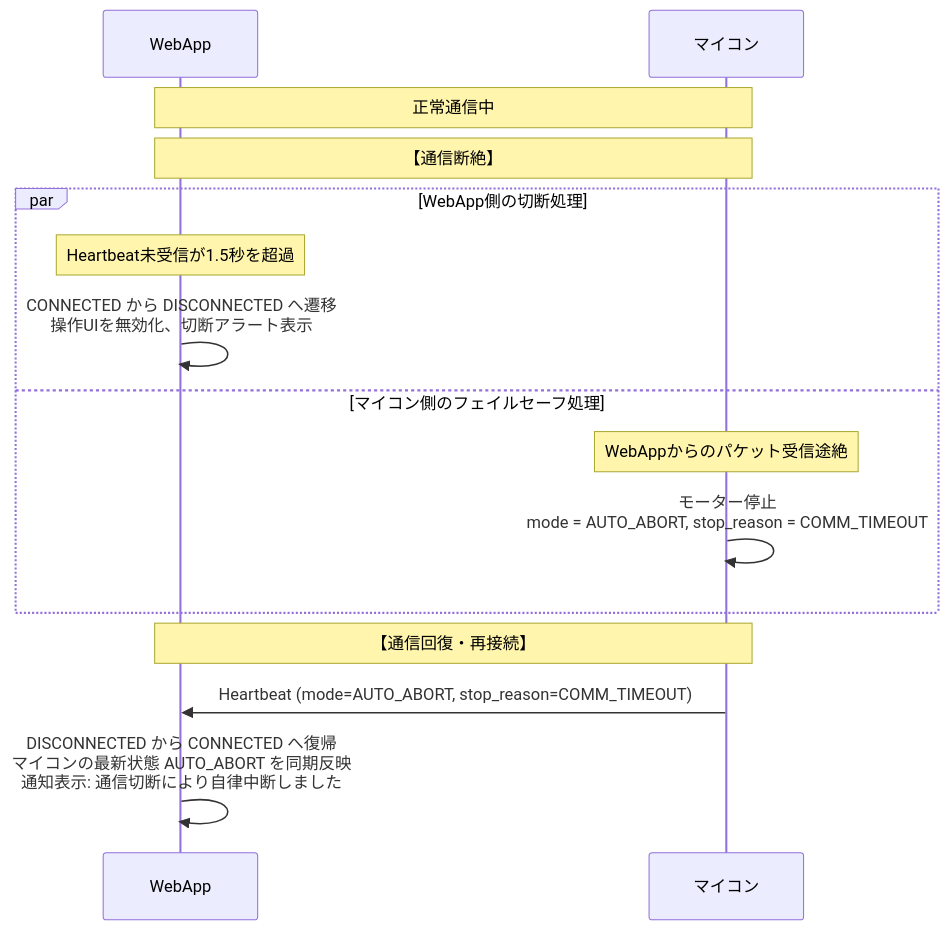
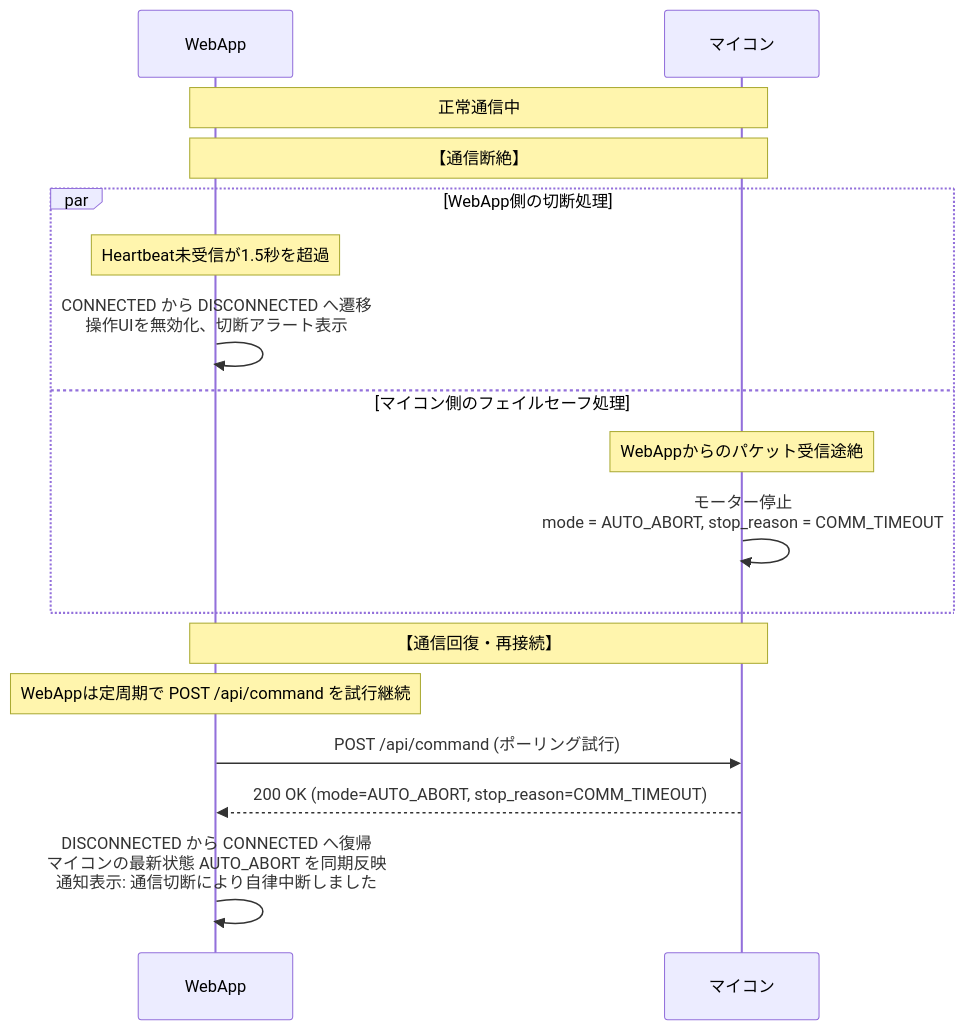
The seventh of 7 diagrams in docs/sequences.md (tut-cc/mini-4wd-webapp), drawn with Mermaid before and after one commit. The commit also changed other lines of this file and 13 other files, not shown here.

````diff
--- a/docs/sequences.md
+++ b/docs/sequences.md
@@ -222,22 +227,24 @@
 ```mermaid
 sequenceDiagram
     participant W as WebApp
     participant M as マイコン
 
     Note over W, M: 正常通信中
 
     Note over W, M: 【通信断絶】
 
     par WebApp側の切断処理
         Note over W: Heartbeat未受信が1.5秒を超過
         W->>W: CONNECTED から DISCONNECTED へ遷移<br/>操作UIを無効化、切断アラート表示
     and マイコン側のフェイルセーフ処理
         Note over M: WebAppからのパケット受信途絶
         M->>M: モーター停止<br/>mode = AUTO_ABORT, stop_reason = COMM_TIMEOUT
     end
 
     Note over W, M: 【通信回復・再接続】
+    Note over W: WebAppは定周期で POST /api/command を試行継続
 
-    M->>W: Heartbeat (mode=AUTO_ABORT, stop_reason=COMM_TIMEOUT)
+    W->>M: POST /api/command (ポーリング試行)
+    M-->>W: 200 OK (mode=AUTO_ABORT, stop_reason=COMM_TIMEOUT)
     W->>W: DISCONNECTED から CONNECTED へ復帰<br/>マイコンの最新状態 AUTO_ABORT を同期反映<br/>通知表示: 通信切断により自律中断しました
 ```
````
